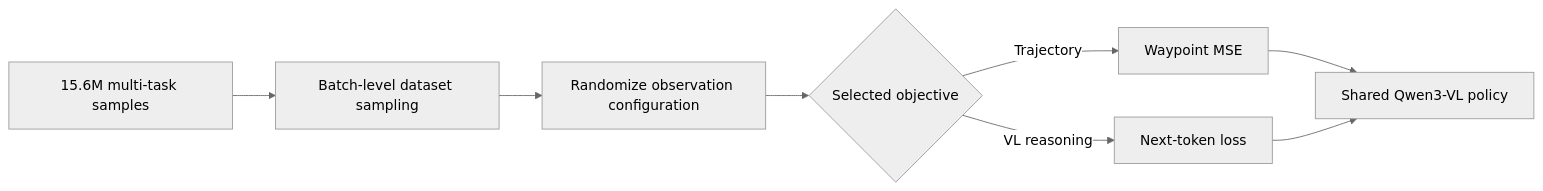
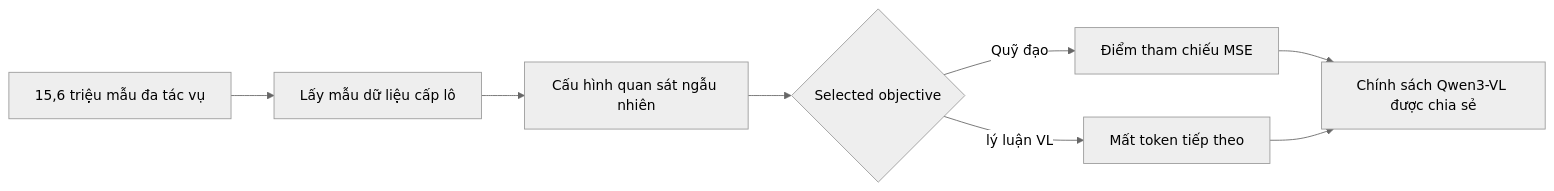
The third of 3 diagrams in docs/research_finding/01-gwen/qwen_models/Qwen-RobotNav/qwen_robotnav.md (cycler04/VinRobotics-VLA), drawn with Mermaid (neutral theme) before and after one commit. The commit also changed other lines of this file and 24 other files, not shown here.

````diff
--- a/docs/research_finding/01-gwen/qwen_models/Qwen-RobotNav/qwen_robotnav.md
+++ b/docs/research_finding/01-gwen/qwen_models/Qwen-RobotNav/qwen_robotnav.md
@@ -236,10 +236,10 @@
 ```mermaid
 flowchart LR
-    D[15.6M multi-task samples] --> B[Batch-level dataset sampling]
-    B --> R[Randomize observation configuration]
+    D[15,6 triệu mẫu đa tác vụ] --> B[Lấy mẫu dữ liệu cấp lô]
+    B --> R[Cấu hình quan sát ngẫu nhiên]
     R --> O{Selected objective}
-    O -->|Trajectory| MSE[Waypoint MSE]
-    O -->|VL reasoning| NLL[Next-token loss]
-    MSE --> P[Shared Qwen3-VL policy]
+    O -->|Quỹ đạo| MSE[Điểm tham chiếu MSE]
+    O -->|lý luận VL| NLL[Mất token tiếp theo]
+    MSE --> P[Chính sách Qwen3-VL được chia sẻ]
     NLL --> P
 ```
````
